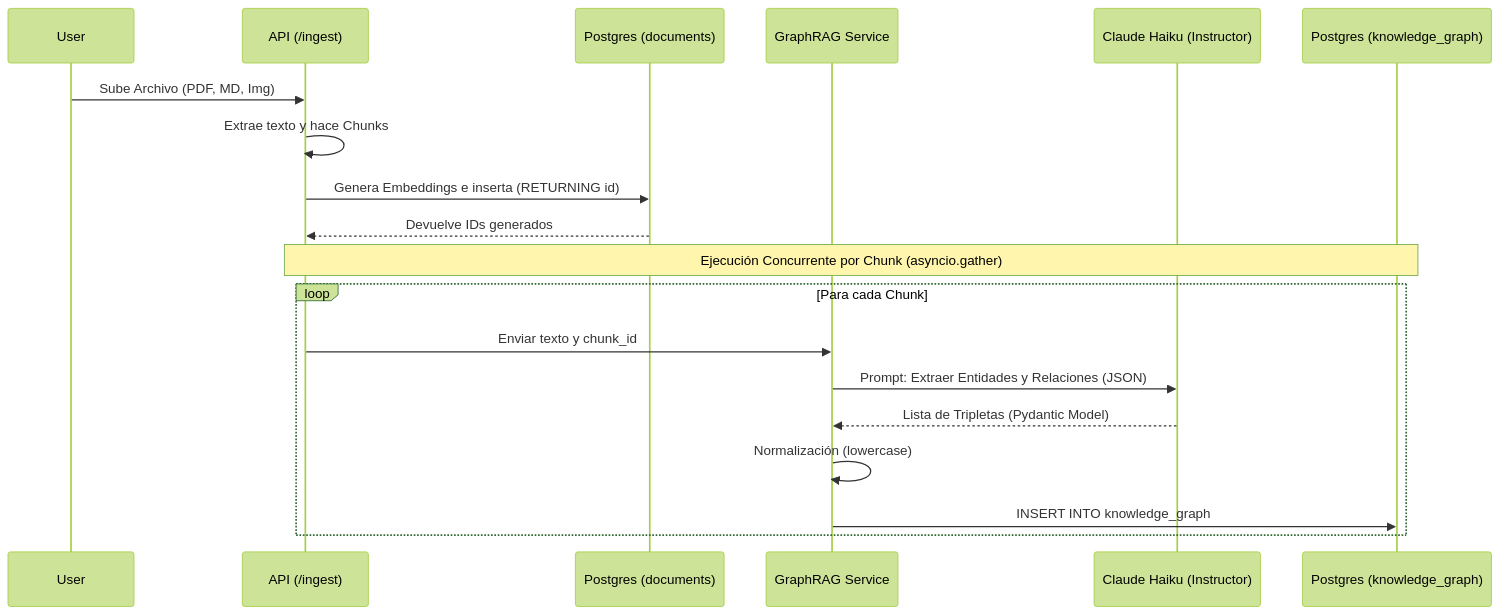
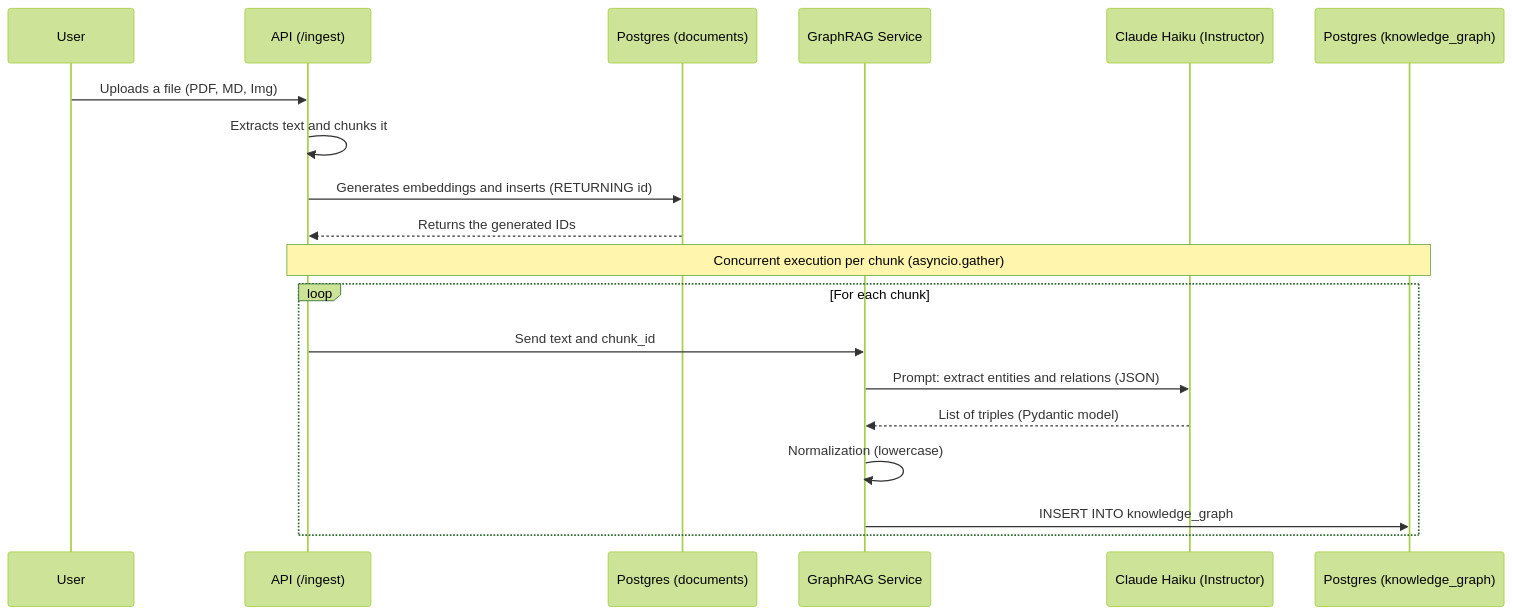
Before and after one commit to c3rv30/ai-engineer-sandbox: the first of 2 diagrams in docs/history/GRAPHRAG_ARCHITECTURE.md, drawn with Mermaid (forest theme). The commit also changed other lines of this file and 23 other files, not shown here.

````diff
--- a/docs/history/GRAPHRAG_ARCHITECTURE.md
+++ b/docs/history/GRAPHRAG_ARCHITECTURE.md
@@ -44,24 +44,24 @@
 ```mermaid
 sequenceDiagram
     participant User
     participant IngestRouter as API (/ingest)
     participant VectorDB as Postgres (documents)
     participant GraphPipeline as GraphRAG Service
     participant Claude as Claude Haiku (Instructor)
     participant GraphDB as Postgres (knowledge_graph)
 
-    User->>IngestRouter: Sube Archivo (PDF, MD, Img)
-    IngestRouter->>IngestRouter: Extrae texto y hace Chunks
-    IngestRouter->>VectorDB: Genera Embeddings e inserta (RETURNING id)
-    VectorDB-->>IngestRouter: Devuelve IDs generados
+    User->>IngestRouter: Uploads a file (PDF, MD, Img)
+    IngestRouter->>IngestRouter: Extracts text and chunks it
+    IngestRouter->>VectorDB: Generates embeddings and inserts (RETURNING id)
+    VectorDB-->>IngestRouter: Returns the generated IDs
     
-    note over IngestRouter,GraphDB: Ejecución Concurrente por Chunk (asyncio.gather)
+    note over IngestRouter,GraphDB: Concurrent execution per chunk (asyncio.gather)
     
-    loop Para cada Chunk
-        IngestRouter->>GraphPipeline: Enviar texto y chunk_id
-        GraphPipeline->>Claude: Prompt: Extraer Entidades y Relaciones (JSON)
-        Claude-->>GraphPipeline: Lista de Tripletas (Pydantic Model)
-        GraphPipeline->>GraphPipeline: Normalización (lowercase)
+    loop For each chunk
+        IngestRouter->>GraphPipeline: Send text and chunk_id
+        GraphPipeline->>Claude: Prompt: extract entities and relations (JSON)
+        Claude-->>GraphPipeline: List of triples (Pydantic model)
+        GraphPipeline->>GraphPipeline: Normalization (lowercase)
         GraphPipeline->>GraphDB: INSERT INTO knowledge_graph
     end
 ```
````
